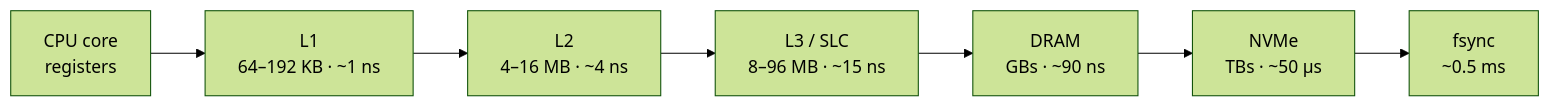
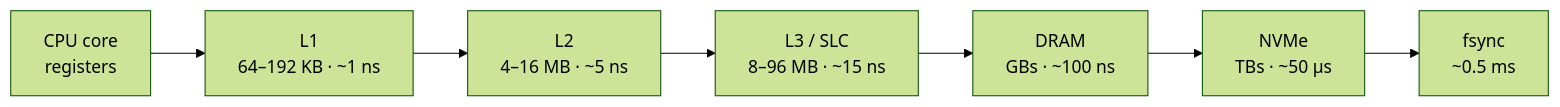
Before and after one commit to AviAvni/database-learning-path: the first of 2 diagrams in topics/00-performance-toolbox/README.md, drawn with Mermaid (forest theme). The commit also changed other lines of this file and 10 other files, not shown here.

````diff
--- a/topics/00-performance-toolbox/README.md
+++ b/topics/00-performance-toolbox/README.md
@@ -76,9 +80,9 @@
 ```mermaid
 flowchart LR
     CPU["CPU core<br/>registers"] --> L1["L1<br/>64–192 KB · ~1 ns"]
-    L1 --> L2["L2<br/>4–16 MB · ~4 ns"]
+    L1 --> L2["L2<br/>4–16 MB · ~5 ns"]
     L2 --> SLC["L3 / SLC<br/>8–96 MB · ~15 ns"]
-    SLC --> DRAM["DRAM<br/>GBs · ~90 ns"]
+    SLC --> DRAM["DRAM<br/>GBs · ~100 ns"]
     DRAM --> NVMe["NVMe<br/>TBs · ~50 µs"]
     NVMe --> FSYNC["fsync<br/>~0.5 ms"]
 ```
````
